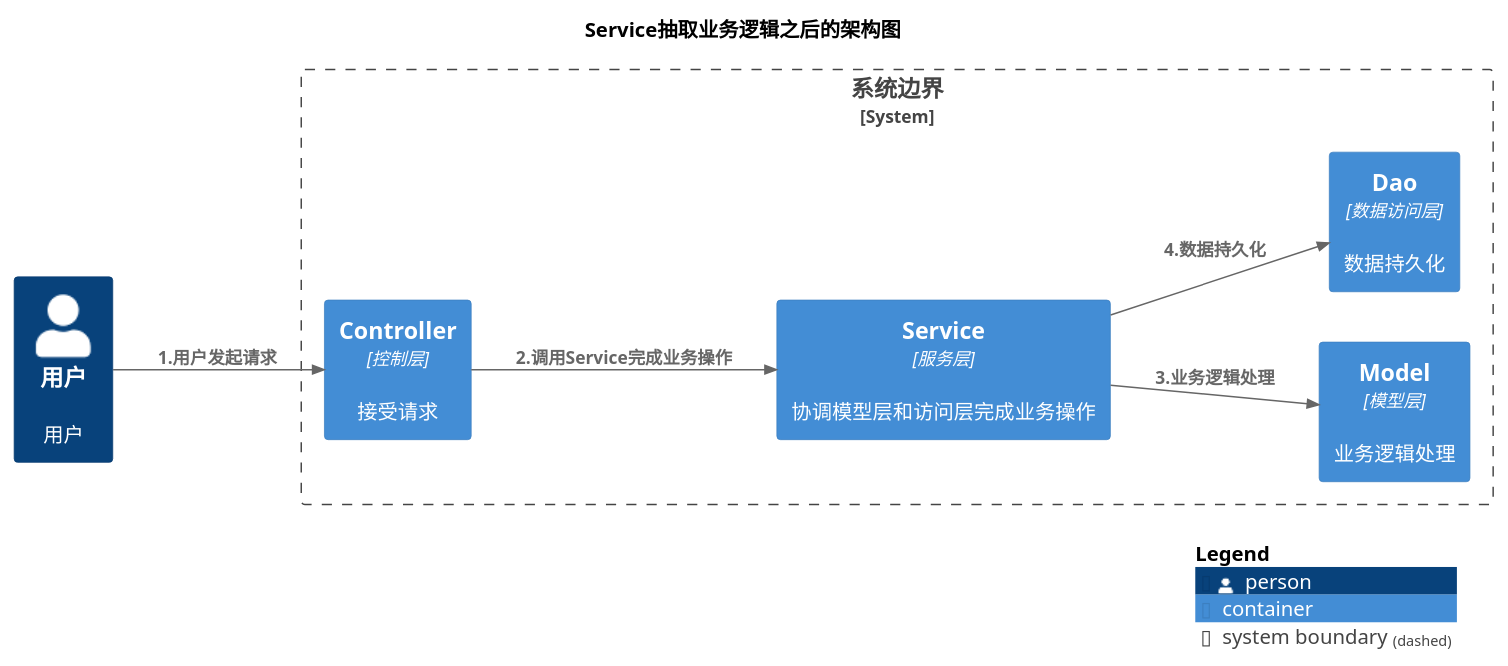
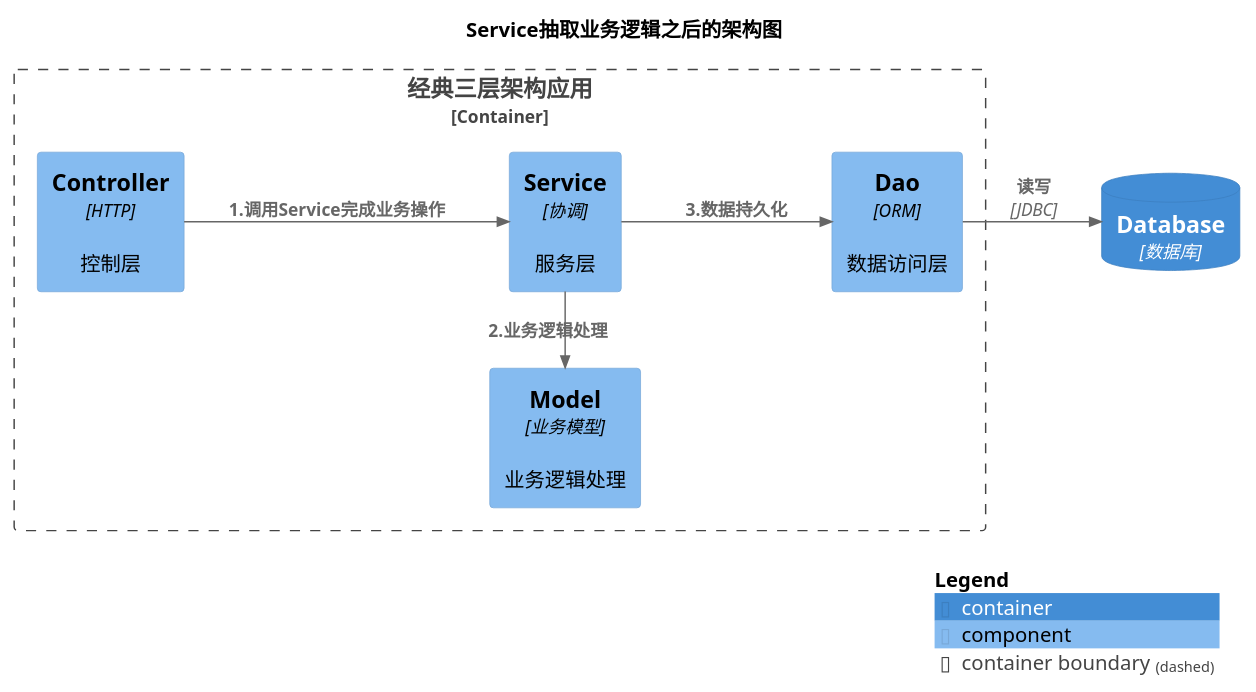
The diagram in plantuml/ct.002.puml (feiniaojin/Thinking-in-DDD), drawn with PlantUML before and after one commit. The commit also changed 17 other files, not shown here.

```diff
--- a/plantuml/ct.002.puml
+++ b/plantuml/ct.002.puml
@@ -1,28 +1,28 @@
 @startuml
 
 !include https://gitee.com/igingo/C4-PlantUML/raw/master/C4_Context.puml
 !include https://gitee.com/igingo/C4-PlantUML/raw/master/C4_Container.puml
 !include https://gitee.com/igingo/C4-PlantUML/raw/master/C4_Component.puml
 
 title "Service抽取业务逻辑之后的架构图"
 
-Person(P_User, "用户","用户")
-
-System_Boundary(SB_APP, "系统边界"){
-    Container(C_Controller, "Controller", "控制层","接受请求")
-    Container(C_Service, "Service","服务层", "协调模型层和访问层完成业务操作")
-    Container(C_Model, "Model","模型层", "业务逻辑处理")
-    Container(C_Dao, "Dao","数据访问层", "数据持久化")
+Container_Boundary(CB_APP, "经典三层架构应用"){
+    Component(C_Controller, "Controller","HTTP", "控制层")
+    Component(C_Service, "Service", "协调","服务层")
+    Component(C_Dao, "Dao", "ORM","数据访问层")
+    Component(C_Model, "Model","业务模型", "业务逻辑处理")
 }
 
-Rel(P_User, C_Controller, "1.用户发起请求")
-Rel(C_Controller, C_Service, "2.调用Service完成业务操作")
-Rel(C_Service, C_Model, "3.业务逻辑处理")
-Rel(C_Service, C_Dao, "4.数据持久化")
+ContainerDb(CDB, "Database", "数据库")
 
+Rel(C_Controller, C_Service, "1.调用Service完成业务操作")
+Rel_L(C_Service, C_Model, "2.业务逻辑处理")
+Rel(C_Service, C_Dao, "3.数据持久化")
+
+Rel(C_Dao, CDB, "读写","JDBC")
 
 left to right direction
 
 SHOW_LEGEND()
 
 @enduml
```
